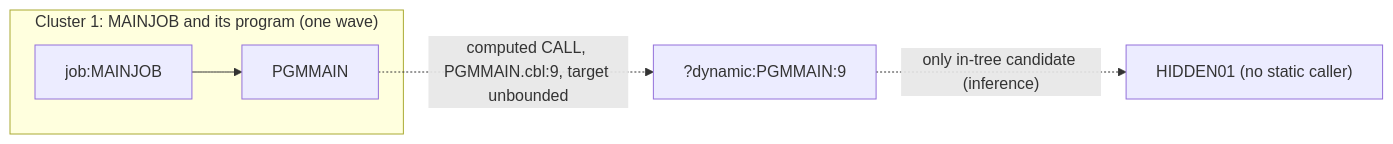
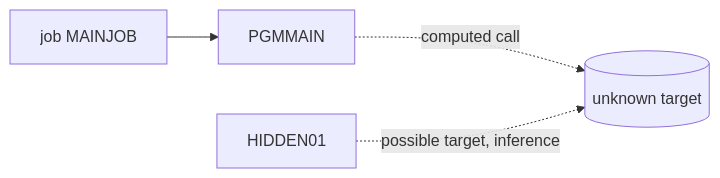
Before and after one commit to Sparq-Holding-Inc/claude-legacy-modernization: the diagram in evals/runs/13-dynamic-only-reachable/modernization-assessment/02-coupling.md, drawn with Mermaid. The commit also changed other lines of this file and 268 other files, not shown here.

First line of the commit message:
Wave seed cuts a family into groups; totals row labeled inference; real headless run results

````diff
--- a/evals/runs/13-dynamic-only-reachable/modernization-assessment/02-coupling.md
+++ b/evals/runs/13-dynamic-only-reachable/modernization-assessment/02-coupling.md
@@ -59,8 +18,6 @@
 ```mermaid
 graph LR
-  subgraph C1["Cluster 1: MAINJOB and its program (one wave)"]
-    J["job:MAINJOB"] --> P["PGMMAIN"]
-  end
-  P -. "computed CALL, PGMMAIN.cbl:9, target unbounded" .-> U["?dynamic:PGMMAIN:9"]
-  U -. "only in-tree candidate (inference)" .-> H["HIDDEN01 (no static caller)"]
+  J[job MAINJOB] --> P[PGMMAIN]
+  P -. computed call .-> D[(unknown target)]
+  H[HIDDEN01] -. possible target, inference .-> D
 ```
````
